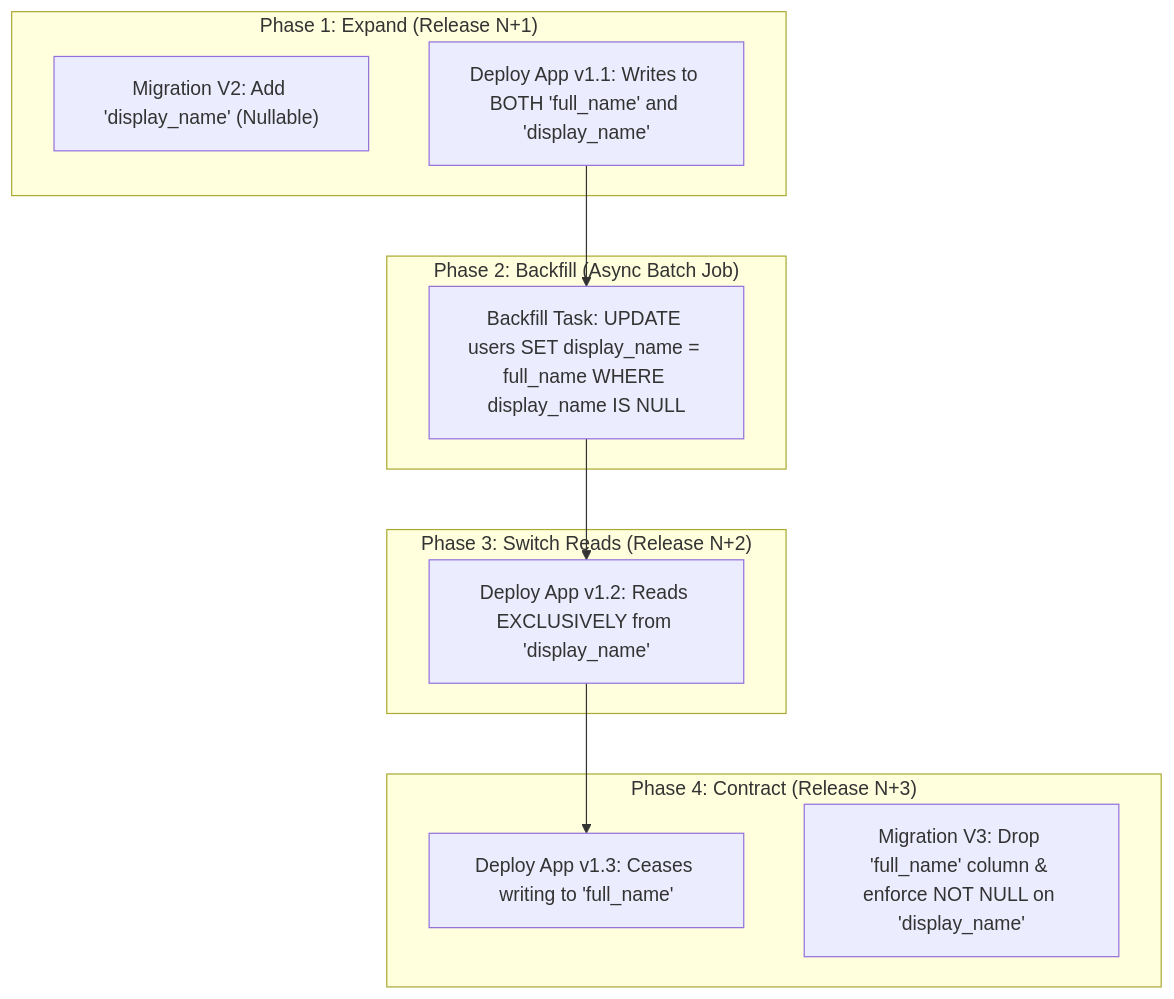
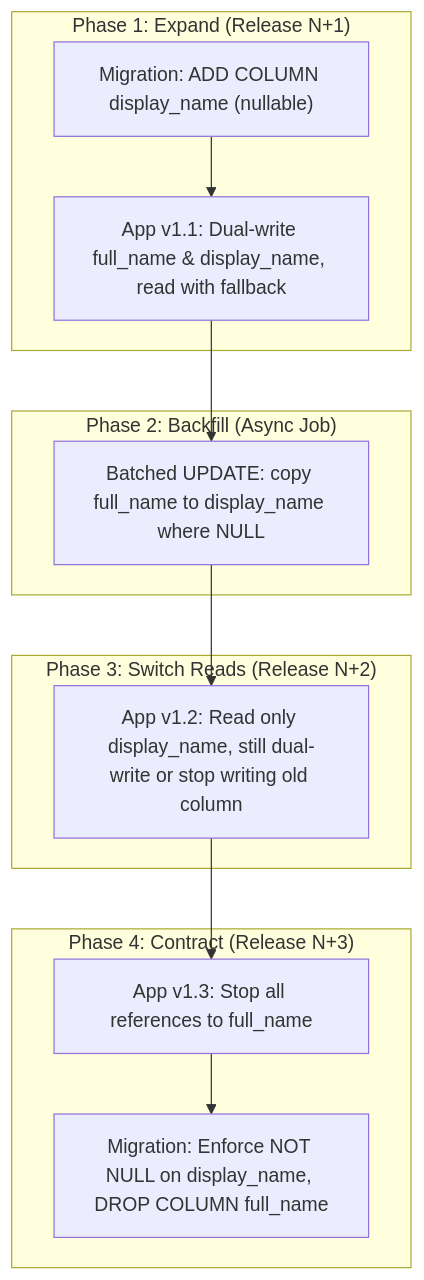
One commit to ravishankar2463/java_hub changed the second of 3 diagrams in content/roadmap/level-7/database-migrations.md. Above: the diagram before and after it, drawn with Mermaid. The commit also changed other lines of this file and 119 other files, not shown here.

Commit message:
feat: add comprehensive java learning roadmap content across multiple levels

````diff
--- a/content/roadmap/level-7/database-migrations.md
+++ b/content/roadmap/level-7/database-migrations.md
@@ -145,24 +202,22 @@
 ```mermaid
 flowchart TD
-    subgraph P1 ["Phase 1: Expand (Release N+1)"]
-        E1["Migration V2: Add 'display_name' (Nullable)"]
-        E2["Deploy App v1.1: Writes to BOTH 'full_name' and 'display_name'"]
+    subgraph P1["Phase 1: Expand (Release N+1)"]
+        E1["Migration: ADD COLUMN display_name (nullable)"]
+        E2["App v1.1: Dual-write full_name & display_name, read with fallback"]
     end
 
-    subgraph P2 ["Phase 2: Backfill (Async Batch Job)"]
-        B1["Backfill Task: UPDATE users SET display_name = full_name WHERE display_name IS NULL"]
+    subgraph P2["Phase 2: Backfill (Async Job)"]
+        B1["Batched UPDATE: copy full_name to display_name where NULL"]
     end
 
-    subgraph P3 ["Phase 3: Switch Reads (Release N+2)"]
-        S1["Deploy App v1.2: Reads EXCLUSIVELY from 'display_name'"]
+    subgraph P3["Phase 3: Switch Reads (Release N+2)"]
+        S1["App v1.2: Read only display_name, still dual-write or stop writing old column"]
     end
 
-    subgraph P4 ["Phase 4: Contract (Release N+3)"]
-        C1["Deploy App v1.3: Ceases writing to 'full_name'"]
-        C2["Migration V3: Drop 'full_name' column & enforce NOT NULL on 'display_name'"]
+    subgraph P4["Phase 4: Contract (Release N+3)"]
+        C1["App v1.3: Stop all references to full_name"]
+        C2["Migration: Enforce NOT NULL on display_name, DROP COLUMN full_name"]
     end
 
-    E2 --> B1
-    B1 --> S1
-    S1 --> C1
+    E1 --> E2 --> B1 --> S1 --> C1 --> C2
 ```
````
